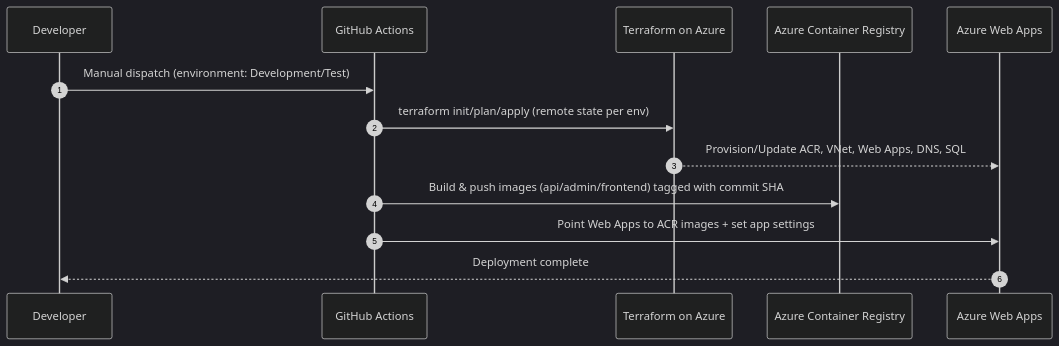
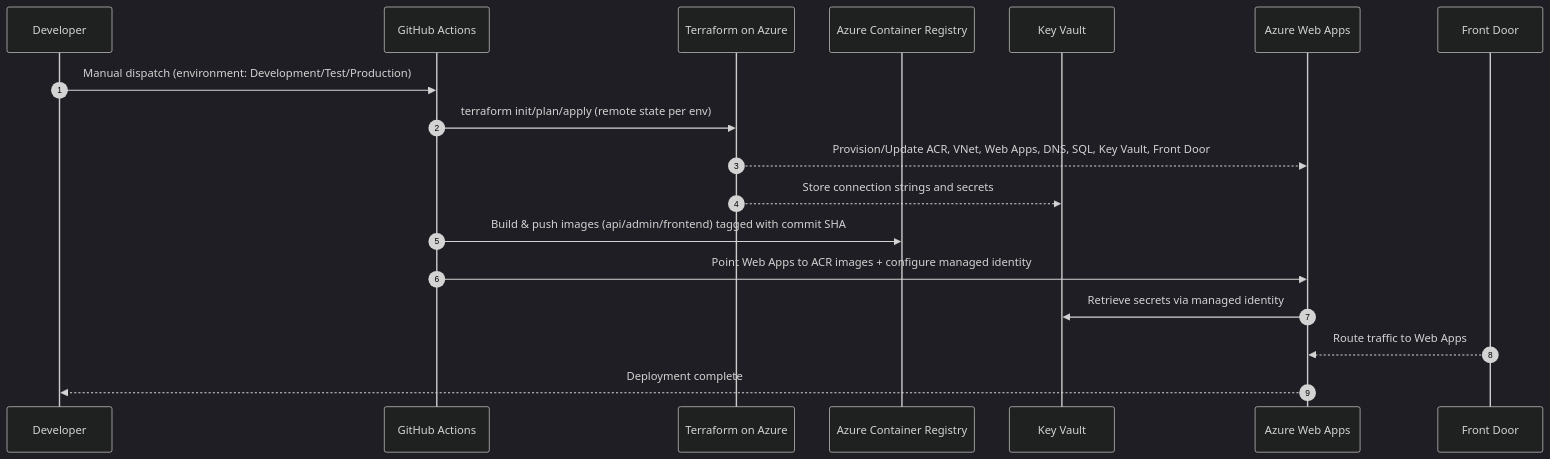
One commit to DFE-Digital/get-to-an-answer changed the third of 3 diagrams in src/Infrastructure/README.md. Above: the diagram before and after it, drawn with Mermaid (dark theme). The commit also changed other lines of this file and 10 other files, not shown here.

````diff
--- a/src/Infrastructure/README.md
+++ b/src/Infrastructure/README.md
@@ -93,16 +121,21 @@
 ```mermaid
 sequenceDiagram
-  autonumber
-  participant Dev as Developer
-  participant GH as GitHub Actions
-  participant TF as Terraform on Azure
-  participant ACR as Azure Container Registry
-  participant ASP as Azure Web Apps
+autonumber
+participant Dev as Developer
+participant GH as GitHub Actions
+participant TF as Terraform on Azure
+participant ACR as Azure Container Registry
+participant KV as Key Vault
+participant ASP as Azure Web Apps
+participant FD as Front Door
 
-  Dev->>GH: Manual dispatch (environment: Development/Test)
-  GH->>TF: terraform init/plan/apply (remote state per env)
-  TF-->>ASP: Provision/Update ACR, VNet, Web Apps, DNS, SQL
-  GH->>ACR: Build & push images (api/admin/frontend) tagged with commit SHA
-  GH->>ASP: Point Web Apps to ACR images + set app settings
-  ASP-->>Dev: Deployment complete
+Dev->>GH: Manual dispatch (environment: Development/Test/Production)
+GH->>TF: terraform init/plan/apply (remote state per env)
+TF-->>ASP: Provision/Update ACR, VNet, Web Apps, DNS, SQL, Key Vault, Front Door
+TF-->>KV: Store connection strings and secrets
+GH->>ACR: Build & push images (api/admin/frontend) tagged with commit SHA
+GH->>ASP: Point Web Apps to ACR images + configure managed identity
+ASP->>KV: Retrieve secrets via managed identity
+FD-->>ASP: Route traffic to Web Apps
+ASP-->>Dev: Deployment complete
 ```
````
